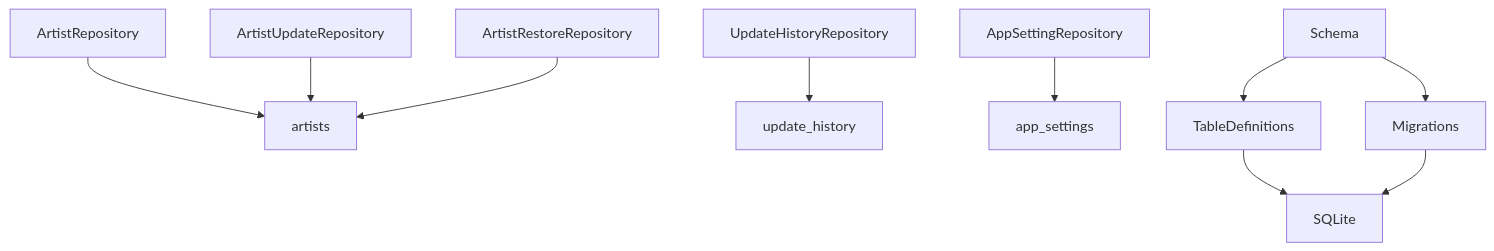
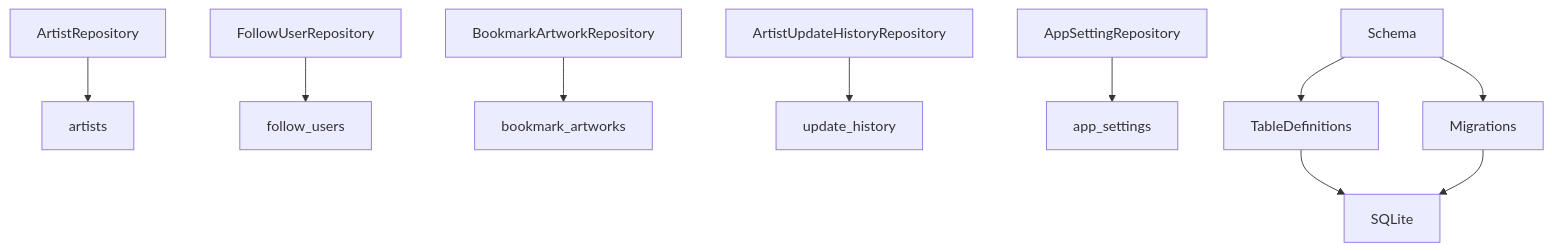
Diagram 18 of 23 in docs/07_ARCHITECTURE.md (PKT0623/PixivLocalManager), drawn with Mermaid before and after one commit. The commit also changed other lines of this file and 10 other files, not shown here.

````diff
--- a/docs/07_ARCHITECTURE.md
+++ b/docs/07_ARCHITECTURE.md
@@ -674,23 +967,23 @@
-```mermaid id="g36x57"
+```mermaid
 flowchart TD
 
 ArtistRepository
-ArtistUpdateRepository
-ArtistRestoreRepository
+FollowUserRepository
+BookmarkArtworkRepository
 
-UpdateHistoryRepository
+ArtistUpdateHistoryRepository
 
 ArtistRepository --> artists
-ArtistUpdateRepository --> artists
-ArtistRestoreRepository --> artists
+FollowUserRepository --> follow_users
+BookmarkArtworkRepository --> bookmark_artworks
 
-UpdateHistoryRepository --> update_history
+ArtistUpdateHistoryRepository --> update_history
 
 AppSettingRepository --> app_settings
 
 Schema --> TableDefinitions
 Schema --> Migrations
 
 TableDefinitions --> SQLite
 Migrations --> SQLite
 ```
````
